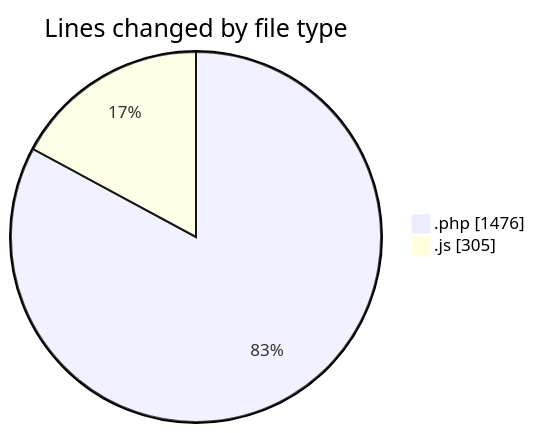
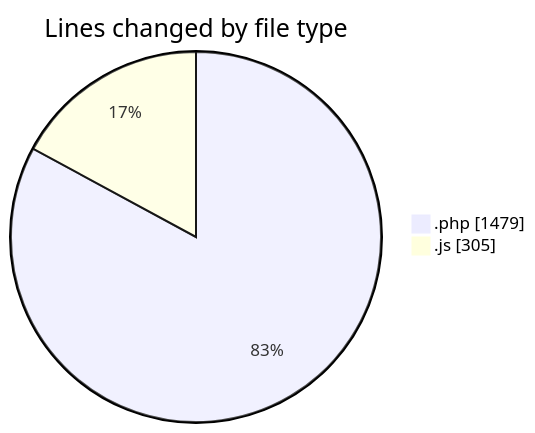
Before and after one commit to debugP/code-tracking: the first of 2 diagrams in 2026-07-28/untitled__workspace_/README.md, drawn with Mermaid. The commit also changed other lines of this file and 1 other file, not shown here.

````diff
--- a/2026-07-28/untitled__workspace_/README.md
+++ b/2026-07-28/untitled__workspace_/README.md
@@ -22,6 +22,6 @@
 ```mermaid
 pie showData
 title Lines changed by file type
-".php" : 1476
+".php" : 1479
 ".js" : 305
 ```
````
